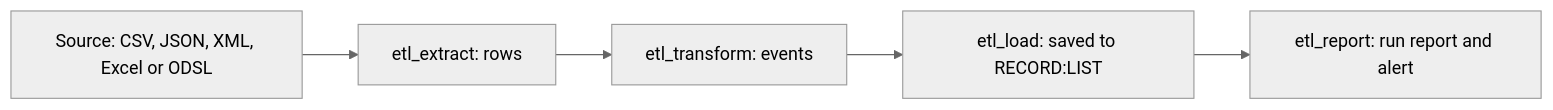
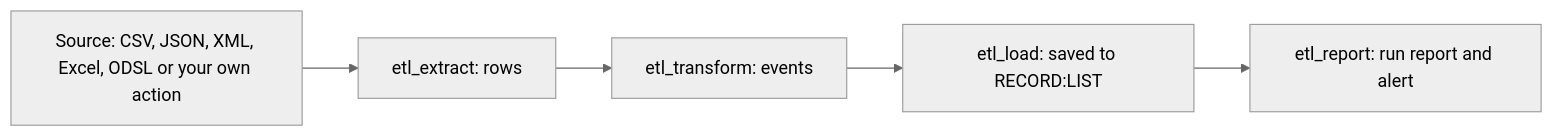
One commit to OpenDataDSL/documentation changed the diagram in docs/extensions/etl/02-how-it-works.md. Above: the diagram before and after it, drawn with Mermaid (neutral theme). The commit also changed other lines of this file and 15 other files, not shown here.

````diff
--- a/docs/extensions/etl/02-how-it-works.md
+++ b/docs/extensions/etl/02-how-it-works.md
@@ -13,7 +13,7 @@
 ```mermaid
 flowchart LR
-    S[Source: CSV, JSON, XML, Excel or ODSL] --> E[etl_extract: rows]
+    S[Source: CSV, JSON, XML, Excel, ODSL or your own action] --> E[etl_extract: rows]
     E --> T[etl_transform: events]
     T --> L[etl_load: saved to RECORD:LIST]
     L --> R[etl_report: run report and alert]
 ```
````
